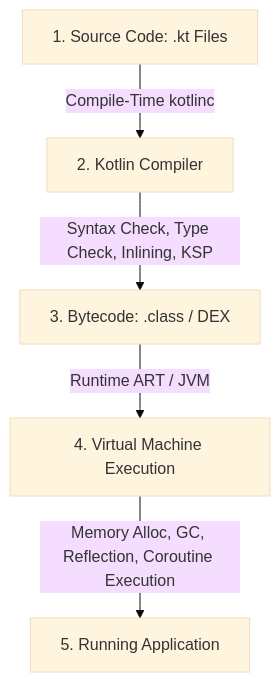
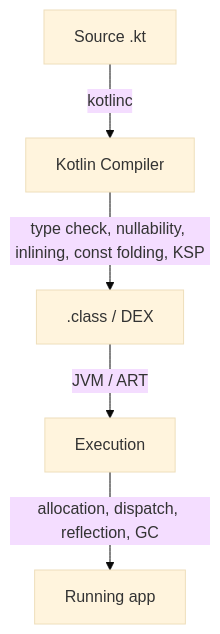
The diagram in Languages/Kotlin.md (Rajamohan006/interview_preparation), drawn with Mermaid (base theme) before and after one commit. The commit also changed other lines of this file, not shown here.

First line of the commit message:
Restructure the Kotlin guide and expand it to 150 interview questions

````diff
--- a/Languages/Kotlin.md
+++ b/Languages/Kotlin.md
@@ -61,7 +82,7 @@
 ```mermaid
 graph TD
-    Source[1. Source Code: .kt Files] -->|Compile-Time kotlinc| Compiler[2. Kotlin Compiler]
-    Compiler -->|Syntax Check, Type Check, Inlining, KSP| Bytecode[3. Bytecode: .class / DEX]
-    Bytecode -->|Runtime ART / JVM| JVM[4. Virtual Machine Execution]
-    JVM -->|Memory Alloc, GC, Reflection, Coroutine Execution| App[5. Running Application]
+    Source[Source .kt] -->|kotlinc| Compiler[Kotlin Compiler]
+    Compiler -->|type check, nullability, inlining, const folding, KSP| Bytecode[.class / DEX]
+    Bytecode -->|JVM / ART| Runtime[Execution]
+    Runtime -->|allocation, dispatch, reflection, GC| App[Running app]
 ```
````
